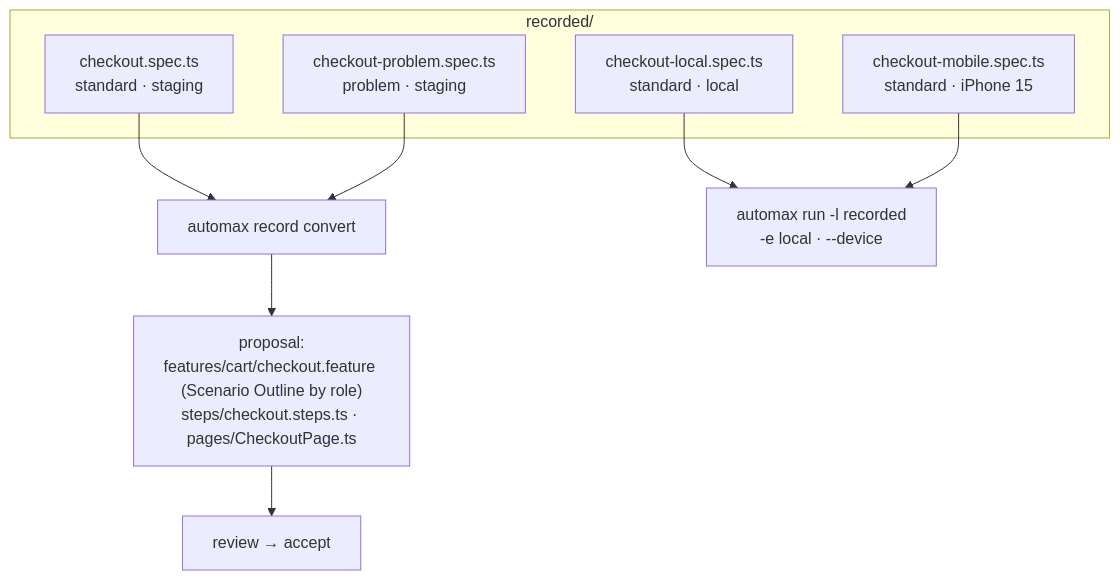
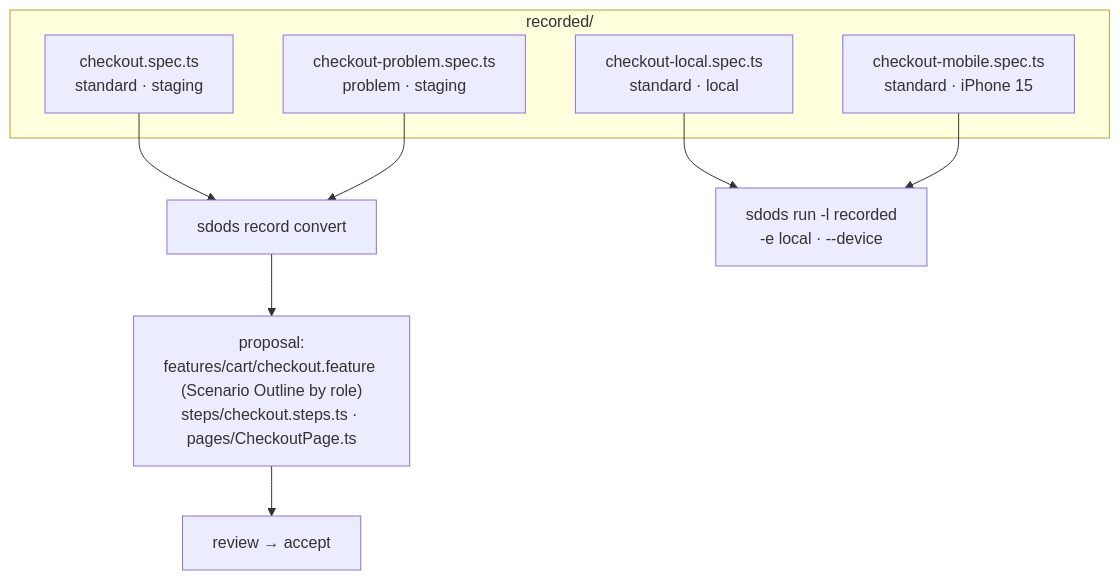
The diagram in apps/docs/content/docs/guides/record-playback-roles-environments.mdx (YarlisAISolutions/SDODS), drawn with Mermaid before and after one commit. The commit also changed other lines of this file and 466 other files, not shown here.

````diff
--- a/apps/docs/content/docs/guides/record-playback-roles-environments.mdx
+++ b/apps/docs/content/docs/guides/record-playback-roles-environments.mdx
@@ -57,13 +57,13 @@
 ```mermaid
 flowchart TB
   subgraph rec["recorded/"]
     A["checkout.spec.ts<br/>standard · staging"]
     B["checkout-problem.spec.ts<br/>problem · staging"]
     C["checkout-local.spec.ts<br/>standard · local"]
     D["checkout-mobile.spec.ts<br/>standard · iPhone 15"]
   end
-  A & B --> CV["automax record convert"]
+  A & B --> CV["sdods record convert"]
   CV --> P["proposal:<br/>features/cart/checkout.feature (Scenario Outline by role)<br/>steps/checkout.steps.ts · pages/CheckoutPage.ts"]
   P --> R["review → accept"]
-  C & D --> RUN["automax run -l recorded<br/>-e local · --device"]
+  C & D --> RUN["sdods run -l recorded<br/>-e local · --device"]
 ```
````
